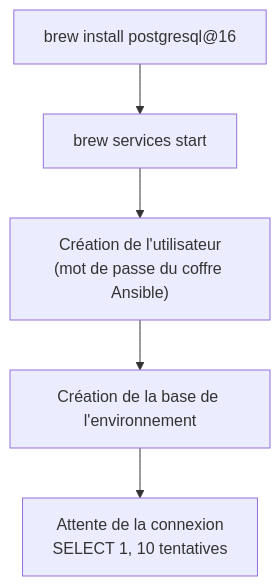
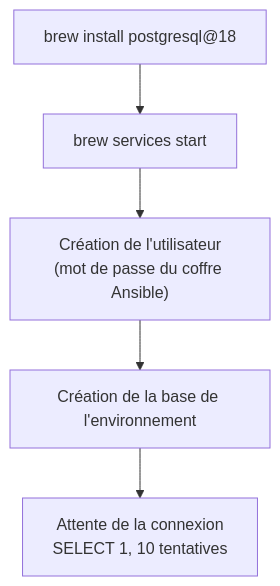
The second of 4 diagrams in Docs/2-pipeline-livraison/orchestration/workflow-ansible.md (logo-solutions/factice), drawn with Mermaid before and after one commit. The commit also changed other lines of this file and 12 other files, not shown here.

````diff
--- a/Docs/2-pipeline-livraison/orchestration/workflow-ansible.md
+++ b/Docs/2-pipeline-livraison/orchestration/workflow-ansible.md
@@ -35,7 +35,7 @@
 ```mermaid
 graph TD
-    B1["brew install postgresql@16"] --> B2["brew services start"]
+    B1["brew install postgresql@18"] --> B2["brew services start"]
     B2 --> B3["Création de l'utilisateur<br/>(mot de passe du coffre Ansible)"]
     B3 --> B4["Création de la base de l'environnement"]
     B4 --> B5["Attente de la connexion<br/>SELECT 1, 10 tentatives"]
 ```
````
